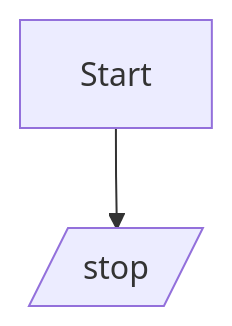
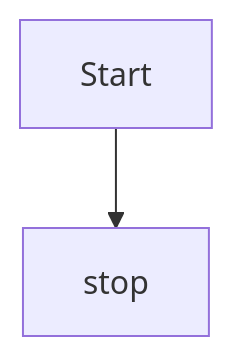
The diagram in README.md (signomix/signomix), drawn with Mermaid before and after one commit.

````diff
--- a/README.md
+++ b/README.md
@@ -22,4 +22,4 @@
 ```mermaid
 flowchart TD
-    Start --> Stop[/stop/]
+    Start-->Stop[stop]
 ```
````
